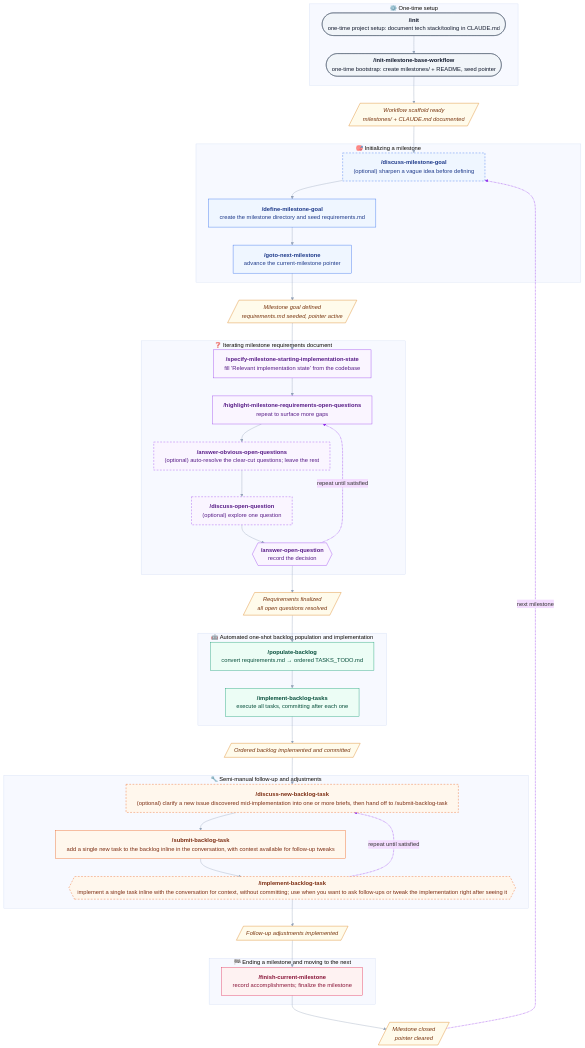
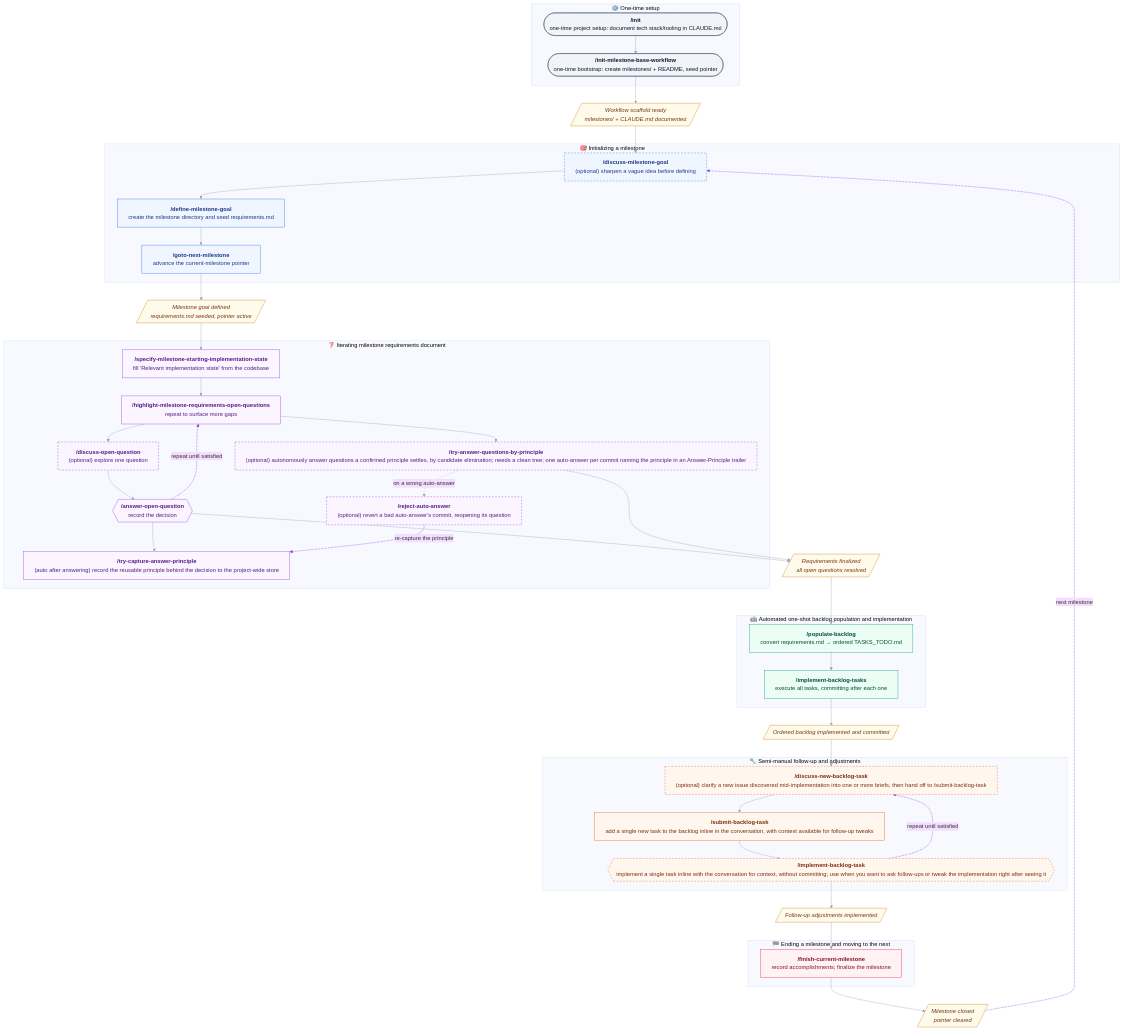
Before and after one commit to uHappyLogic/cairn: the diagram in README.md, drawn with Mermaid. The commit also changed other lines of this file and 2 other files, not shown here.

Commit message:
Sync README With Principle-Learning Loop

````diff
--- a/README.md
+++ b/README.md
@@ -74,9 +74,11 @@
 subgraph S2["❓ Iterating milestone requirements document"]
     ITM0["<b>/specify-milestone-starting-implementation-state</b><br/>fill 'Relevant implementation state' from the codebase"]
     ITM1["<b>/highlight-milestone-requirements-open-questions</b><br/>repeat to surface more gaps"]
-    ITM2["<b>/answer-obvious-open-questions</b><br/>(optional) auto-resolve the clear-cut questions; leave the rest"]
     ITM3["<b>/discuss-open-question</b><br/>(optional) explore one question"]
     ITM4{{"<b>/answer-open-question</b><br/>record the decision"}}
+    ITM5["<b>/try-capture-answer-principle</b><br/>(auto after answering) record the reusable principle behind the decision to the project-wide store"]
+    ITM2["<b>/try-answer-questions-by-principle</b><br/>(optional) autonomously answer questions a confirmed principle settles, by candidate elimination; needs a clean tree; one auto-answer per commit naming the principle in an Answer-Principle trailer"]
+    ITM6["<b>/reject-auto-answer</b><br/>(optional) revert a bad auto-answer's commit, reopening its question"]
 end
 
 D2[/"Requirements finalized<br/>all open questions resolved"/]
@@ -105,9 +107,15 @@
     OT1 --> OT2 --> D0
     D0 --> IM1 --> IM2 --> IM3
     IM3 --> D1
-    D1 --> ITM0 --> ITM1 --> ITM2 --> ITM3 --> ITM4
+    D1 --> ITM0 --> ITM1
+    ITM1 --> ITM3 --> ITM4
+    ITM4 --> ITM5
     ITM4 -.->|repeat until satisfied| ITM1
     ITM4 --> D2
+    ITM1 --> ITM2
+    ITM2 -.->|on a wrong auto-answer| ITM6
+    ITM6 -.->|re-capture the principle| ITM5
+    ITM2 --> D2
     D2 --> AI1 --> AI2 --> D3
     D3 --> SM1
     SM1 --> SM2 --> SM3
@@ -127,12 +135,12 @@
 
     class OT1,OT2 setup;
     class IM1,IM2,IM3 init;
-    class ITM0,ITM1,ITM2,ITM3,ITM4 req;
+    class ITM0,ITM1,ITM2,ITM3,ITM4,ITM5,ITM6 req;
     class AI1,AI2 auto;
     class SM1,SM2,SM3 manual;
     class EM1 finish;
-    class IM1,ITM2,ITM3,SM1,SM3 optional;
+    class IM1,ITM2,ITM3,SM1,SM3,ITM6 optional;
     class D0,D1,D2,D3,D4,D5 state;
 
-    linkStyle 11,19,23 stroke:#9333ea,stroke-width:1.5px;
+    linkStyle 11,15,23,27 stroke:#9333ea,stroke-width:1.5px;
 ```
````
